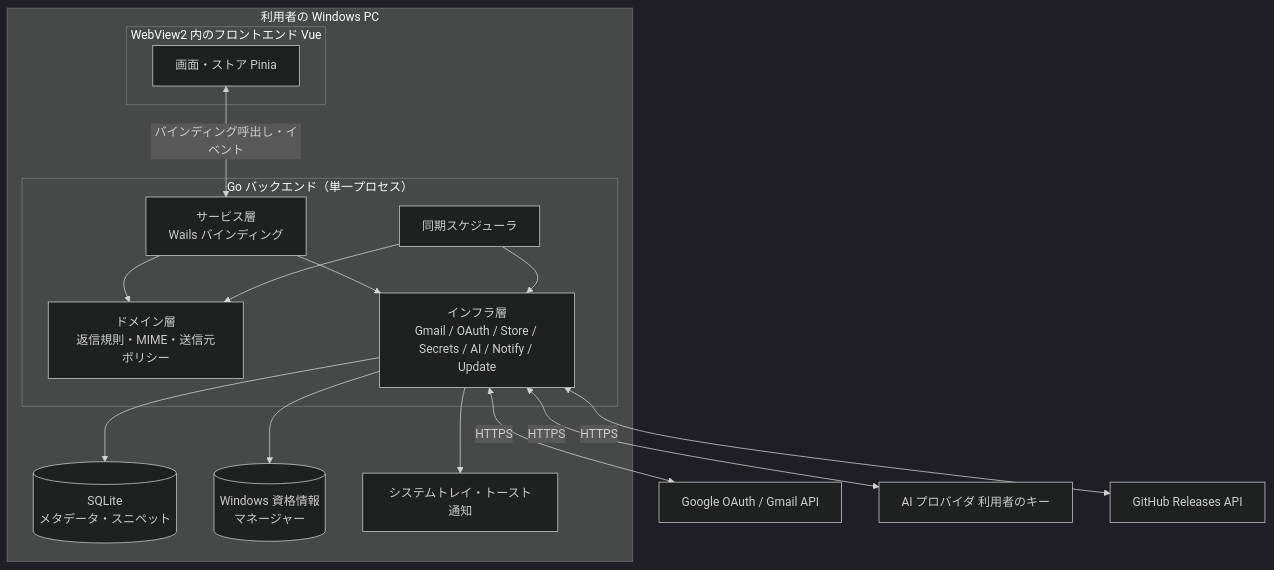
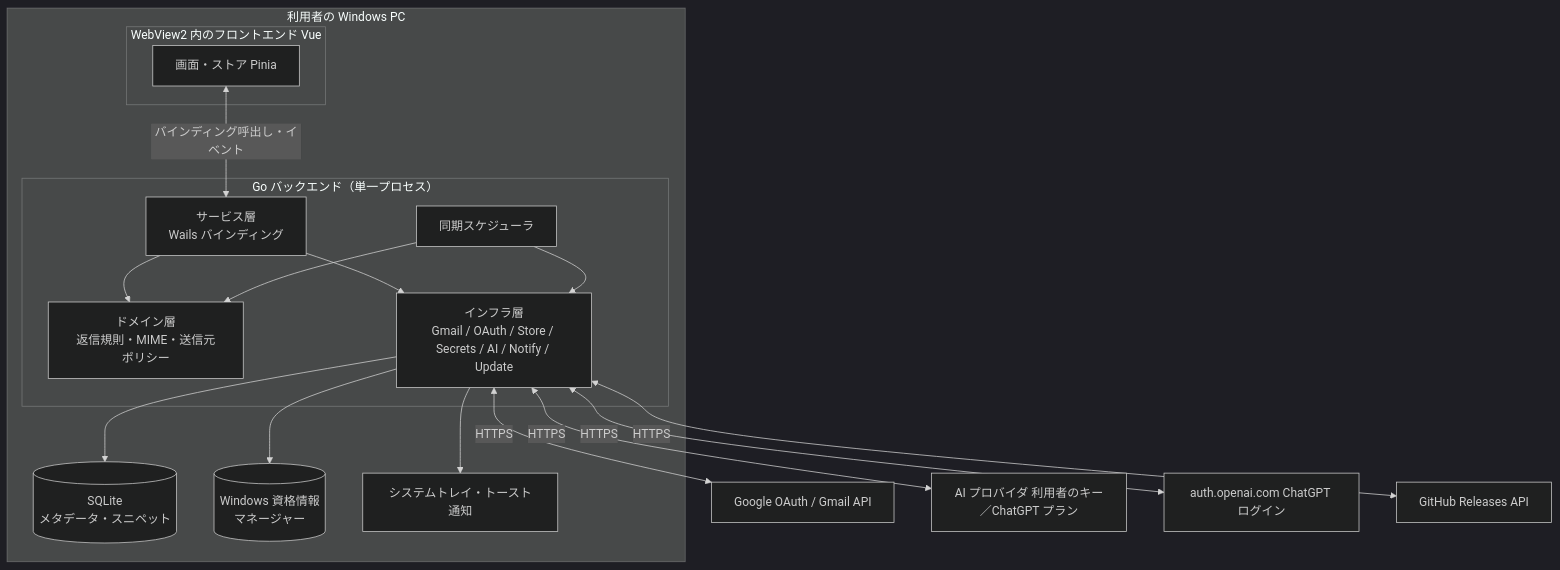
One commit to ousiassllc/hitomado changed the first of 5 diagrams in docs/architecture/overview.md. Above: the diagram before and after it, drawn with Mermaid (dark theme). The commit also changed other lines of this file and 34 other files, not shown here.

First line of the commit message:
feat: 設定画面にモデル一覧からの選択と ChatGPT でのログインを追加し、仕様書・README を更新 (#75, #76)

````diff
--- a/docs/architecture/overview.md
+++ b/docs/architecture/overview.md
@@ -40,28 +41,29 @@
 ```mermaid
 graph TD
   subgraph PC[利用者の Windows PC]
     subgraph FE[WebView2 内のフロントエンド Vue]
       V[画面・ストア Pinia]
     end
     subgraph BE[Go バックエンド（単一プロセス）]
       SV[サービス層<br/>Wails バインディング]
       DM[ドメイン層<br/>返信規則・MIME・送信元ポリシー]
       SY[同期スケジューラ]
       INF[インフラ層<br/>Gmail / OAuth / Store / Secrets / AI / Notify / Update]
     end
     DB[(SQLite<br/>メタデータ・スニペット)]
     KS[(Windows 資格情報<br/>マネージャー)]
     TR[システムトレイ・トースト通知]
   end
   V <-->|バインディング呼出し・イベント| SV
   SV --> DM
   SV --> INF
   SY --> INF
   SY --> DM
   INF --> DB
   INF --> KS
   INF --> TR
   INF <-->|HTTPS| GG[Google OAuth / Gmail API]
-  INF <-->|HTTPS| AI[AI プロバイダ 利用者のキー]
+  INF <-->|HTTPS| AI[AI プロバイダ 利用者のキー／ChatGPT プラン]
+  INF <-->|HTTPS| OA[auth.openai.com ChatGPT ログイン]
   INF <-->|HTTPS| GH[GitHub Releases API]
 ```
````
